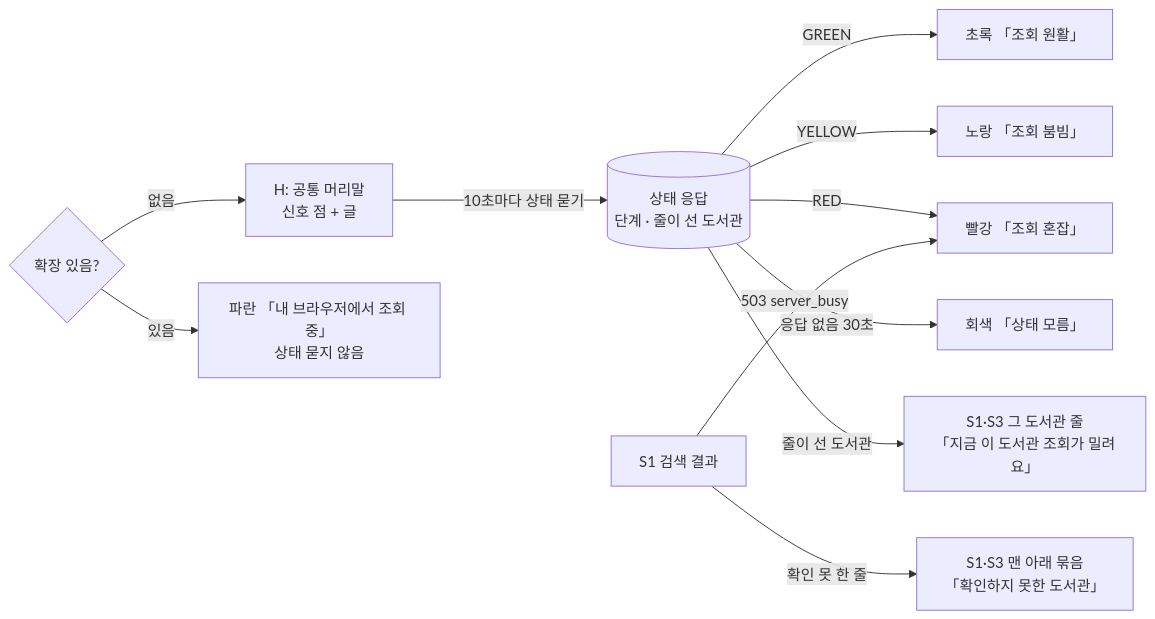
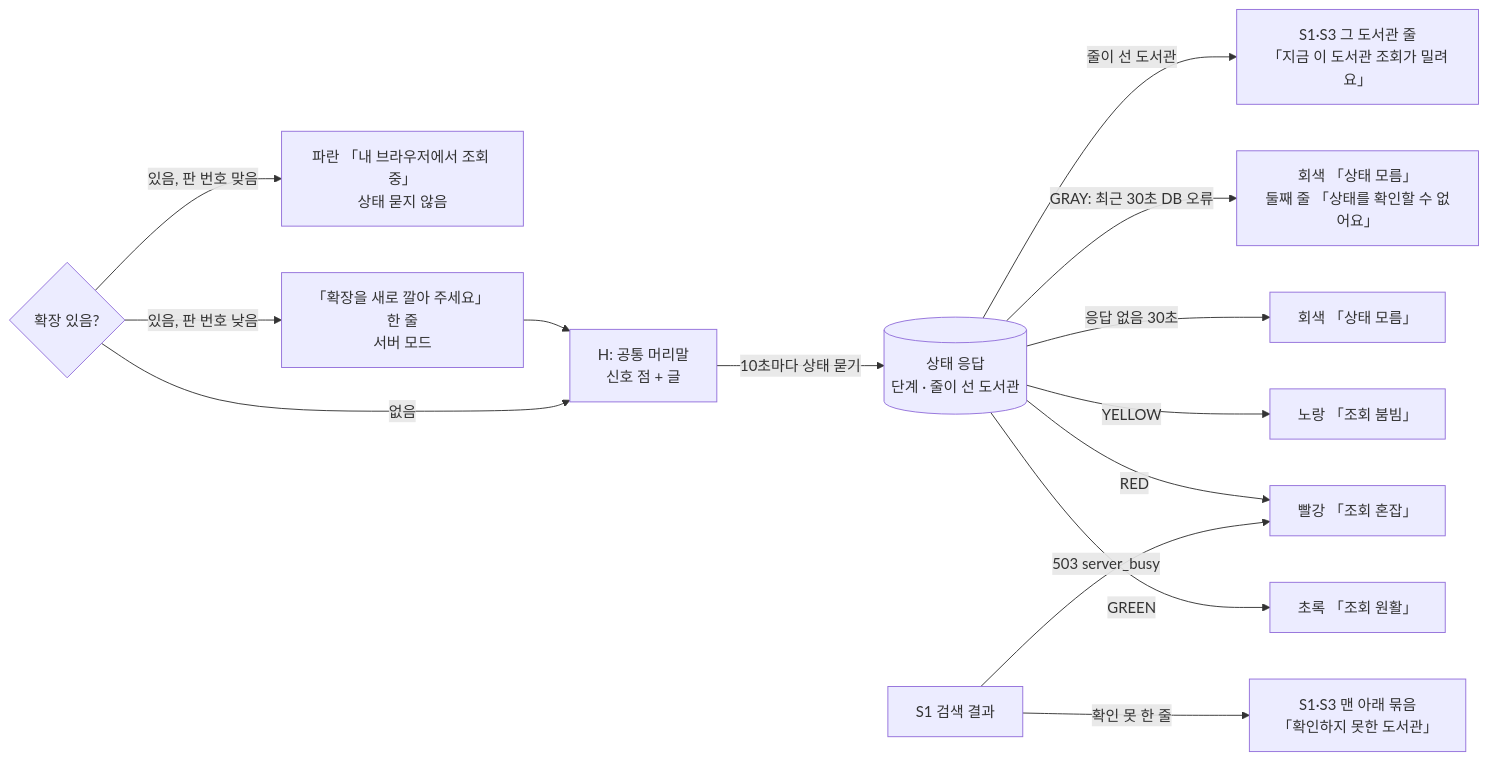
The first of 2 diagrams in docs/cycles/20-lookup-status-and-extension/flow.md (hodu-sketch/chaekcheck-plan), drawn with Mermaid before and after one commit. The commit also changed other lines of this file and 7 other files, not shown here.

````diff
--- a/docs/cycles/20-lookup-status-and-extension/flow.md
+++ b/docs/cycles/20-lookup-status-and-extension/flow.md
@@ -7,13 +7,16 @@
 ```mermaid
 flowchart LR
   H[H: 공통 머리말<br/>신호 점 + 글] -->|10초마다 상태 묻기| ST[(상태 응답<br/>단계 · 줄이 선 도서관)]
   ST -->|GREEN| Hg[초록 「조회 원활」]
   ST -->|YELLOW| Hy[노랑 「조회 붐빔」]
   ST -->|RED| Hr[빨강 「조회 혼잡」]
   ST -->|응답 없음 30초| Hx[회색 「상태 모름」]
-  EXT{확장 있음?} -->|있음| Hb[파란 「내 브라우저에서 조회 중」<br/>상태 묻지 않음]
+  ST -->|GRAY: 최근 30초 DB 오류| Hd[회색 「상태 모름」<br/>둘째 줄 「상태를 확인할 수 없어요」]
+  EXT{확장 있음?} -->|있음, 판 번호 맞음| Hb[파란 「내 브라우저에서 조회 중」<br/>상태 묻지 않음]
+  EXT -->|있음, 판 번호 낮음| Hv[「확장을 새로 깔아 주세요」 한 줄<br/>서버 모드]
+  Hv --> H
   EXT -->|없음| H
   S1 -->|확인 못 한 줄| S1n[S1·S3 맨 아래 묶음<br/>「확인하지 못한 도서관」]
   ST -->|줄이 선 도서관| S1q[S1·S3 그 도서관 줄<br/>「지금 이 도서관 조회가 밀려요」]
   S1[S1 검색 결과] -->|503 server_busy| Hr
 ```
````
